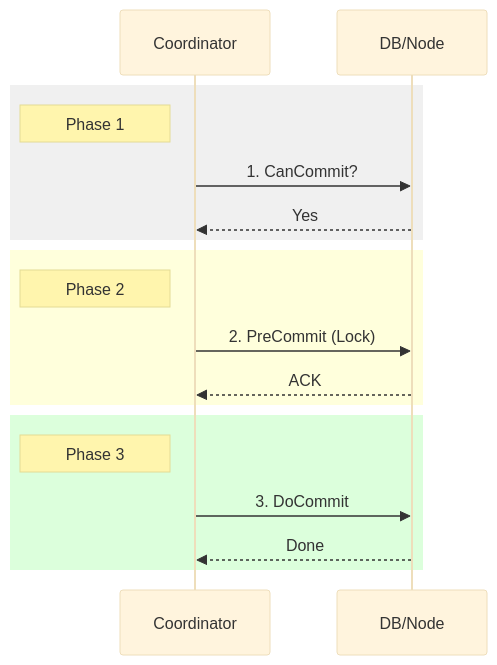
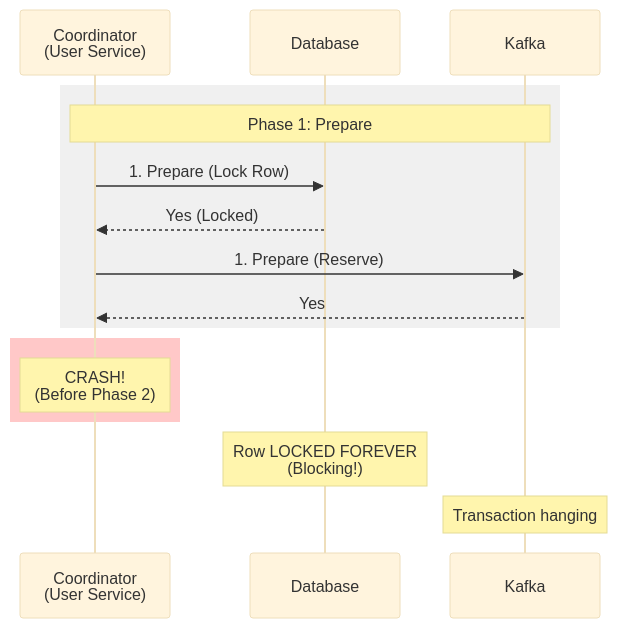
One commit to Anmol33/SystemDesign changed the third of 3 diagrams in Message Broker/05_CDC_and_Delivery_Semantics.md. Above: the diagram before and after it, drawn with Mermaid (base theme). The commit also changed other lines of this file and 1 other file, not shown here.

````diff
--- a/Message Broker/05_CDC_and_Delivery_Semantics.md
+++ b/Message Broker/05_CDC_and_Delivery_Semantics.md
@@ -86,23 +130,21 @@
 ```mermaid
 sequenceDiagram
-    participant C as Coordinator
-    participant Worker as DB/Node
-
+    participant C as Coordinator<br/>(User Service)
+    participant DB as Database
+    participant K as Kafka
+    
     rect rgb(240, 240, 240)
-        Note left of C: Phase 1
-        C->>Worker: 1. CanCommit?
-        Worker-->>C: Yes
+        Note over C,K: Phase 1: Prepare
+        C->>DB: 1. Prepare (Lock Row)
+        DB-->>C: Yes (Locked)
+        C->>K: 1. Prepare (Reserve)
+        K-->>C: Yes
     end
-
-    rect rgb(255, 255, 220)
-        Note left of C: Phase 2
-        C->>Worker: 2. PreCommit (Lock)
-        Worker-->>C: ACK
+    
+    rect rgb(255, 200, 200)
+        Note over C: CRASH!<br/>(Before Phase 2)
     end
-
-    rect rgb(220, 255, 220)
-        Note left of C: Phase 3
-        C->>Worker: 3. DoCommit
-        Worker-->>C: Done
-    end
+    
+    Note over DB: Row LOCKED FOREVER<br/>(Blocking!)
+    Note over K: Transaction hanging
 ```
````
